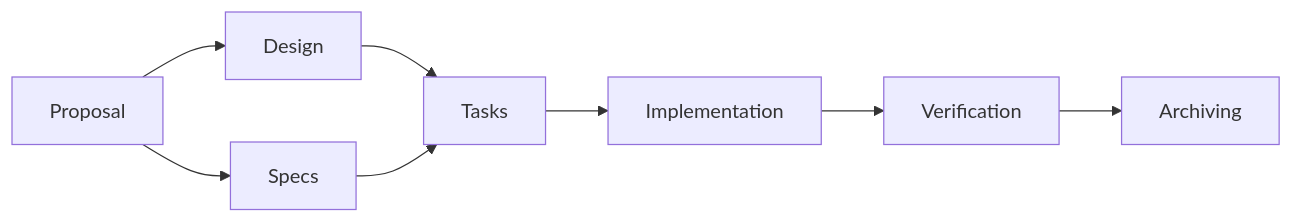
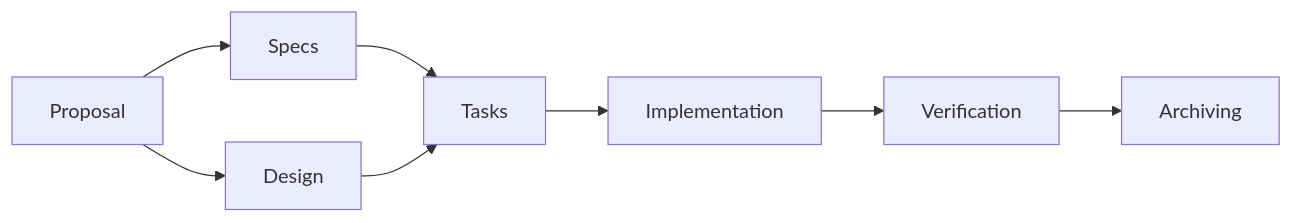
Before and after one commit to reflexdemon/tech-talks: the second of 3 diagrams in presentations/openspec/intro.md, drawn with Mermaid. The commit also changed other lines of this file and 4 other files, not shown here.

````diff
--- a/presentations/openspec/intro.md
+++ b/presentations/openspec/intro.md
@@ -94,10 +113,10 @@
 ```mermaid
 flowchart LR
     P[Proposal] --> D[Design]
     P --> S[Specs]
-    D --> T[Tasks]
-    S --> T
+    S --> T[Tasks]
+    D --> T
     T --> I[Implementation]
     I --> V[Verification]
     V --> A[Archiving]
 ```
````
